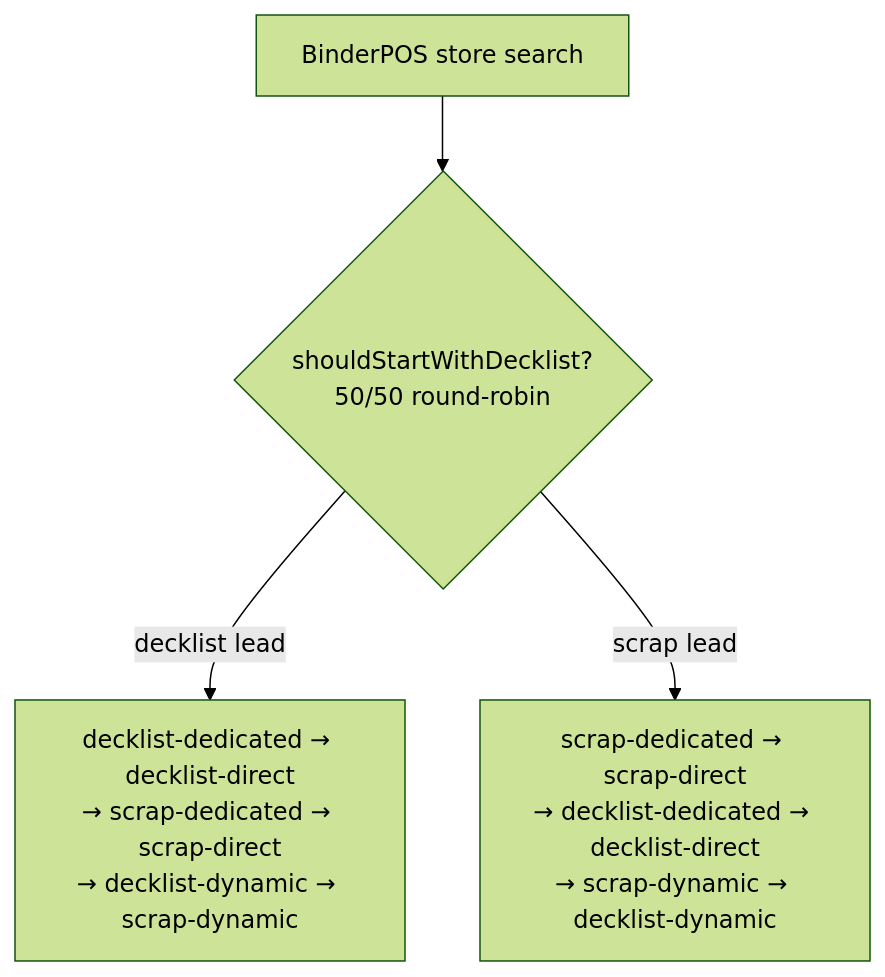
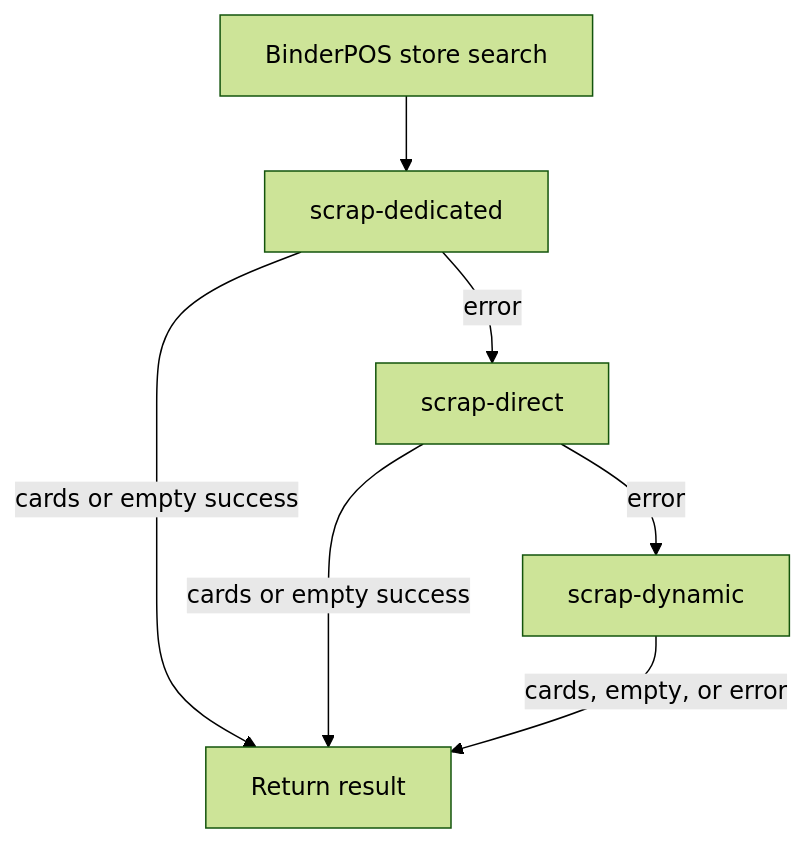
Before and after one commit to xenodus/gishathfetch: the fourth of 4 diagrams in README.md, drawn with Mermaid (forest theme). The commit also changed other lines of this file and 42 other files, not shown here.

First line of the commit message:
Remove BinderPOS decklist API and simplify search to scrape-only

````diff
--- a/README.md
+++ b/README.md
@@ -273,6 +263,9 @@
 ```mermaid
 flowchart TD
-    A[BinderPOS store search] --> B{shouldStartWithDecklist?<br/>50/50 round-robin}
-    B -- decklist lead --> C[decklist-dedicated → decklist-direct<br/>→ scrap-dedicated → scrap-direct<br/>→ decklist-dynamic → scrap-dynamic]
-    B -- scrap lead --> D[scrap-dedicated → scrap-direct<br/>→ decklist-dedicated → decklist-direct<br/>→ scrap-dynamic → decklist-dynamic]
+    A[BinderPOS store search] --> B[scrap-dedicated]
+    B -- error --> C[scrap-direct]
+    C -- error --> D[scrap-dynamic]
+    B -- cards or empty success --> E[Return result]
+    C -- cards or empty success --> E
+    D -- cards, empty, or error --> E
 ```
````
